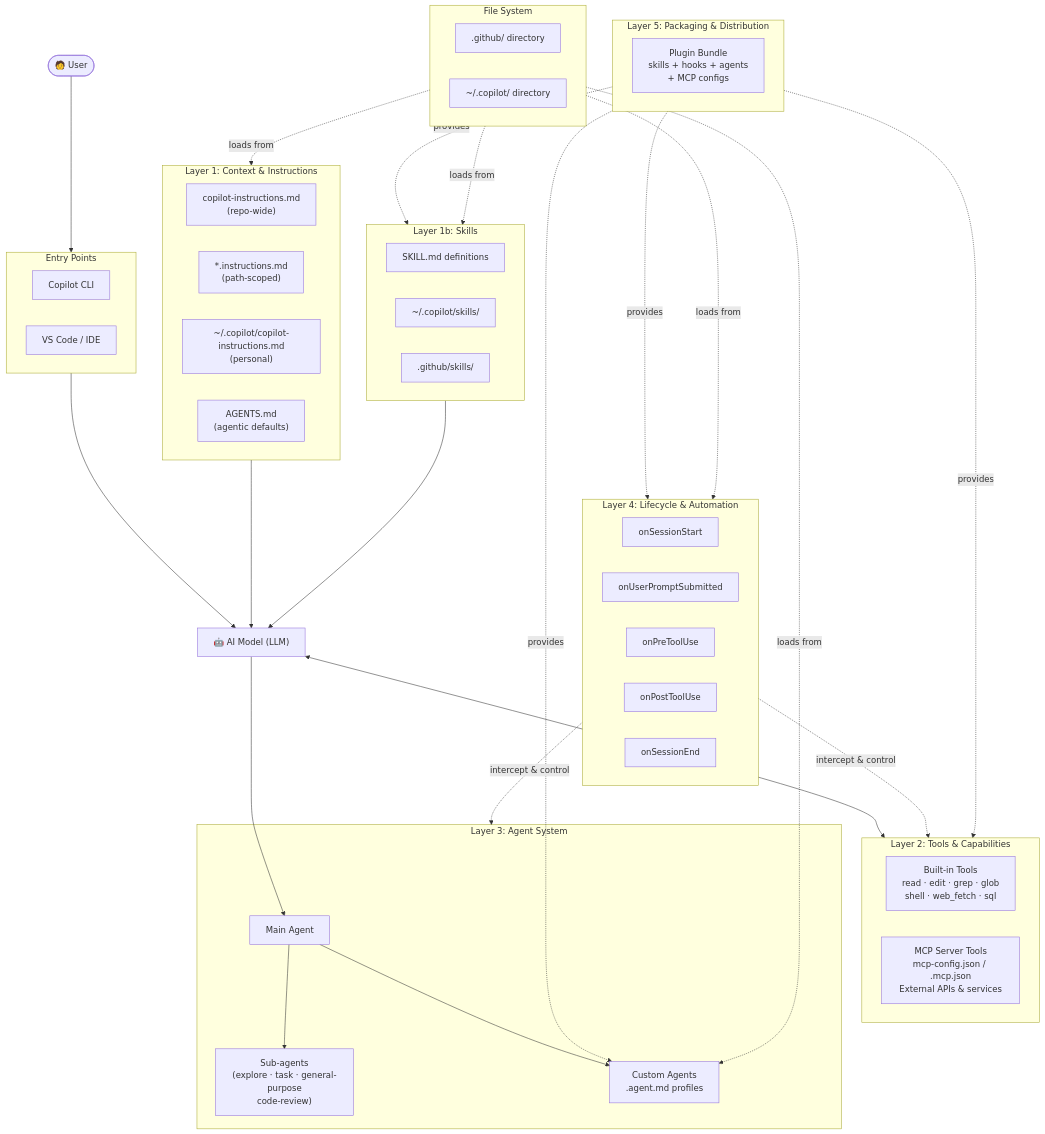
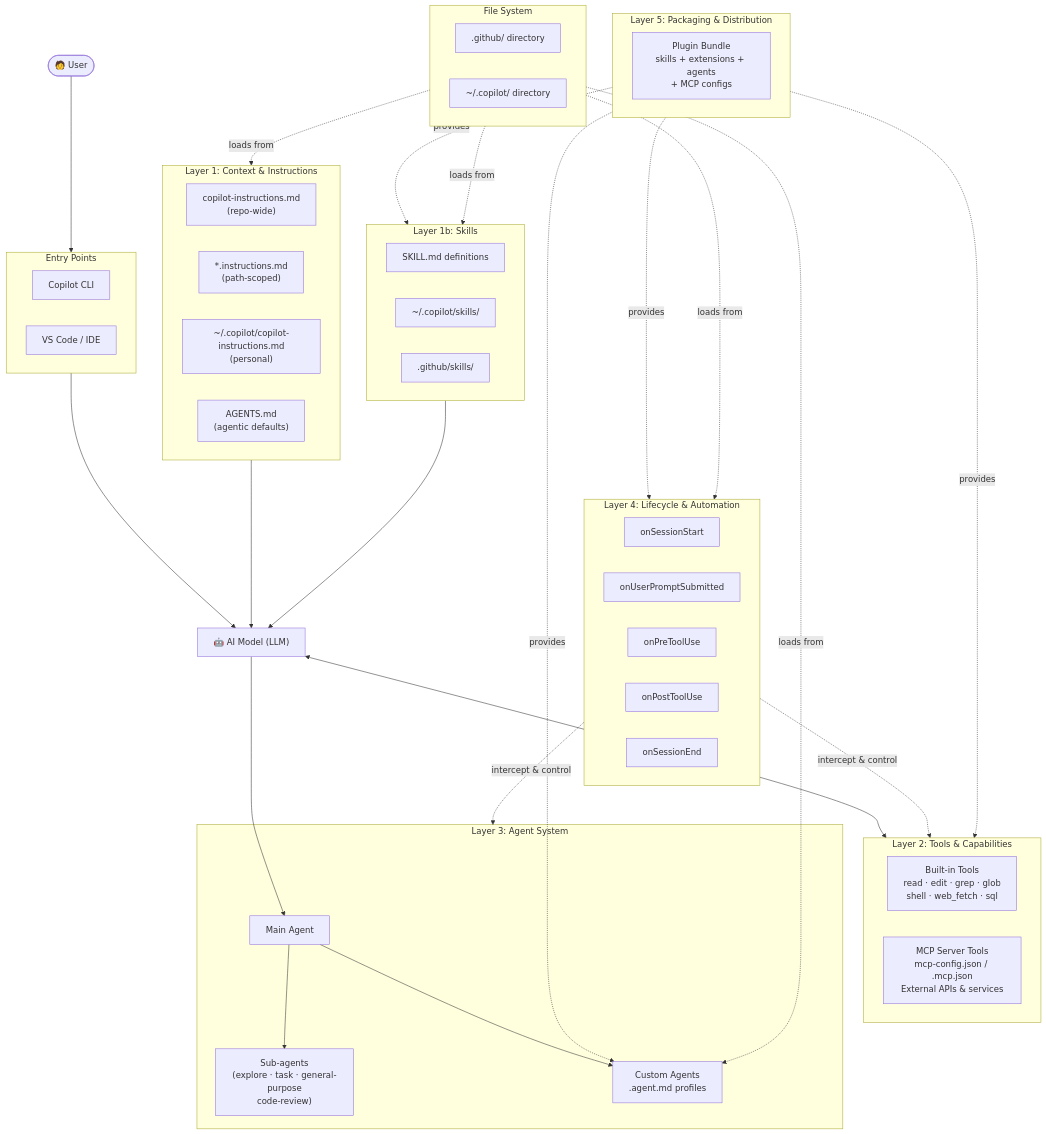
Before and after one commit to dynamics-tim/preflight: the diagram in copilot-architecture-class/00-architecture-overview.md, drawn with Mermaid. The commit also changed other lines of this file and 10 other files, not shown here.

````diff
--- a/copilot-architecture-class/00-architecture-overview.md
+++ b/copilot-architecture-class/00-architecture-overview.md
@@ -9,78 +9,78 @@
 ```mermaid
 flowchart TD
     User([🧑 User])
 
     User --> Interface
 
     subgraph Interface["Entry Points"]
         CLI["Copilot CLI"]
         IDE["VS Code / IDE"]
     end
 
     Interface --> LLM["🤖 AI Model (LLM)"]
 
     subgraph Context["Layer 1: Context & Instructions"]
         RepoInstr["copilot-instructions.md<br/>(repo-wide)"]
         PathInstr["*.instructions.md<br/>(path-scoped)"]
         PersonalInstr["~/.copilot/copilot-instructions.md<br/>(personal)"]
         AgentsMD["AGENTS.md<br/>(agentic defaults)"]
     end
 
     subgraph Skills["Layer 1b: Skills"]
         SkillDef["SKILL.md definitions"]
         SkillPersonal["~/.copilot/skills/"]
         SkillRepo[".github/skills/"]
     end
 
     Context --> LLM
     Skills --> LLM
 
     subgraph Tools["Layer 2: Tools & Capabilities"]
         direction LR
         BuiltIn["Built-in Tools<br/>read · edit · grep · glob<br/>shell · web_fetch · sql"]
         MCP["MCP Server Tools<br/>mcp-config.json / .mcp.json<br/>External APIs & services"]
     end
 
     LLM <--> Tools
 
     subgraph Agents["Layer 3: Agent System"]
         MainAgent["Main Agent"]
         SubAgents["Sub-agents<br/>(explore · task · general-purpose<br/>code-review)"]
         CustomAgents["Custom Agents<br/>.agent.md profiles"]
         MainAgent --> SubAgents
         MainAgent --> CustomAgents
     end
 
     LLM --> MainAgent
 
     subgraph Hooks["Layer 4: Lifecycle & Automation"]
         direction LR
         HookStart["onSessionStart"]
         HookPrompt["onUserPromptSubmitted"]
         HookPre["onPreToolUse"]
         HookPost["onPostToolUse"]
         HookEnd["onSessionEnd"]
     end
 
     Hooks -.->|"intercept & control"| Tools
     Hooks -.->|"intercept & control"| Agents
 
     subgraph Plugins["Layer 5: Packaging & Distribution"]
-        PluginBundle["Plugin Bundle<br/>skills + hooks + agents<br/>+ MCP configs"]
+        PluginBundle["Plugin Bundle<br/>skills + extensions + agents<br/>+ MCP configs"]
     end
 
     Plugins -.->|"provides"| Skills
     Plugins -.->|"provides"| Hooks
     Plugins -.->|"provides"| CustomAgents
     Plugins -.->|"provides"| MCP
 
     subgraph FileSystem["File System"]
         GHDir[".github/ directory"]
         UserDir["~/.copilot/ directory"]
     end
 
     FileSystem -.->|"loads from"| Context
     FileSystem -.->|"loads from"| Skills
     FileSystem -.->|"loads from"| Hooks
     FileSystem -.->|"loads from"| CustomAgents
 ```
````
